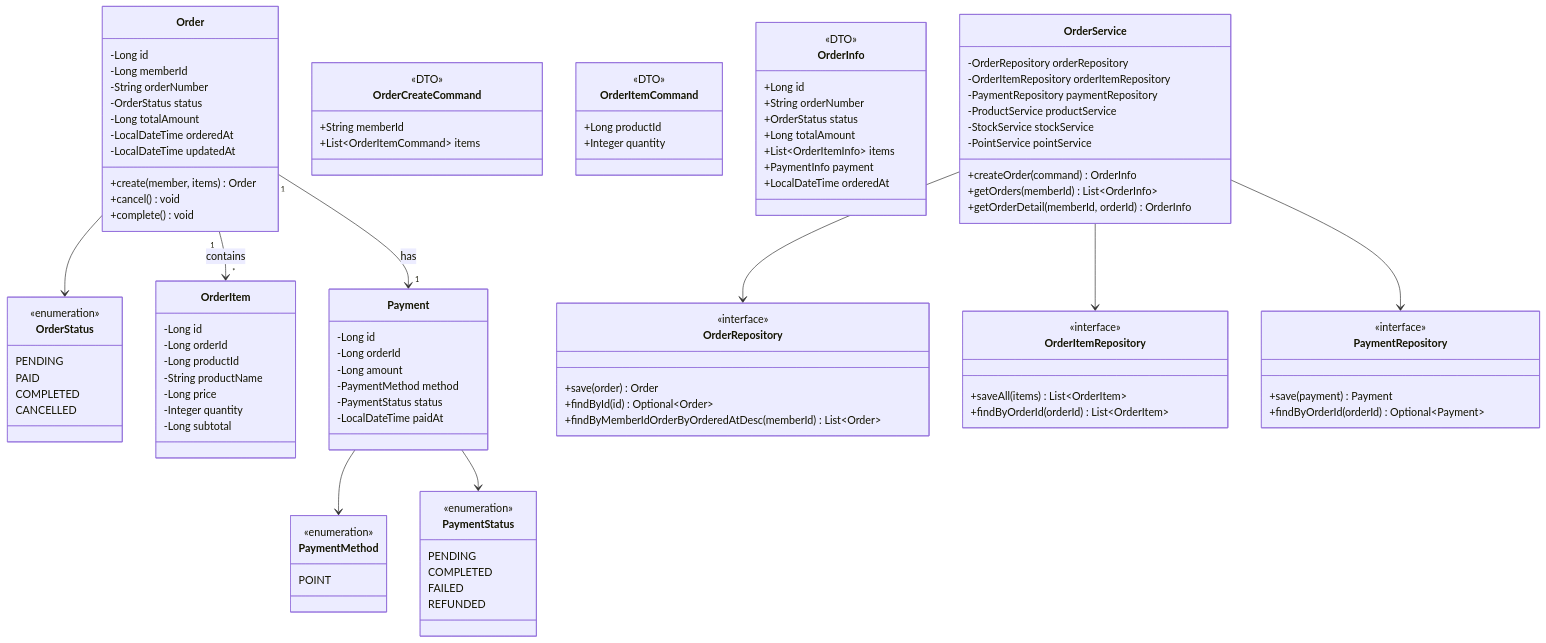
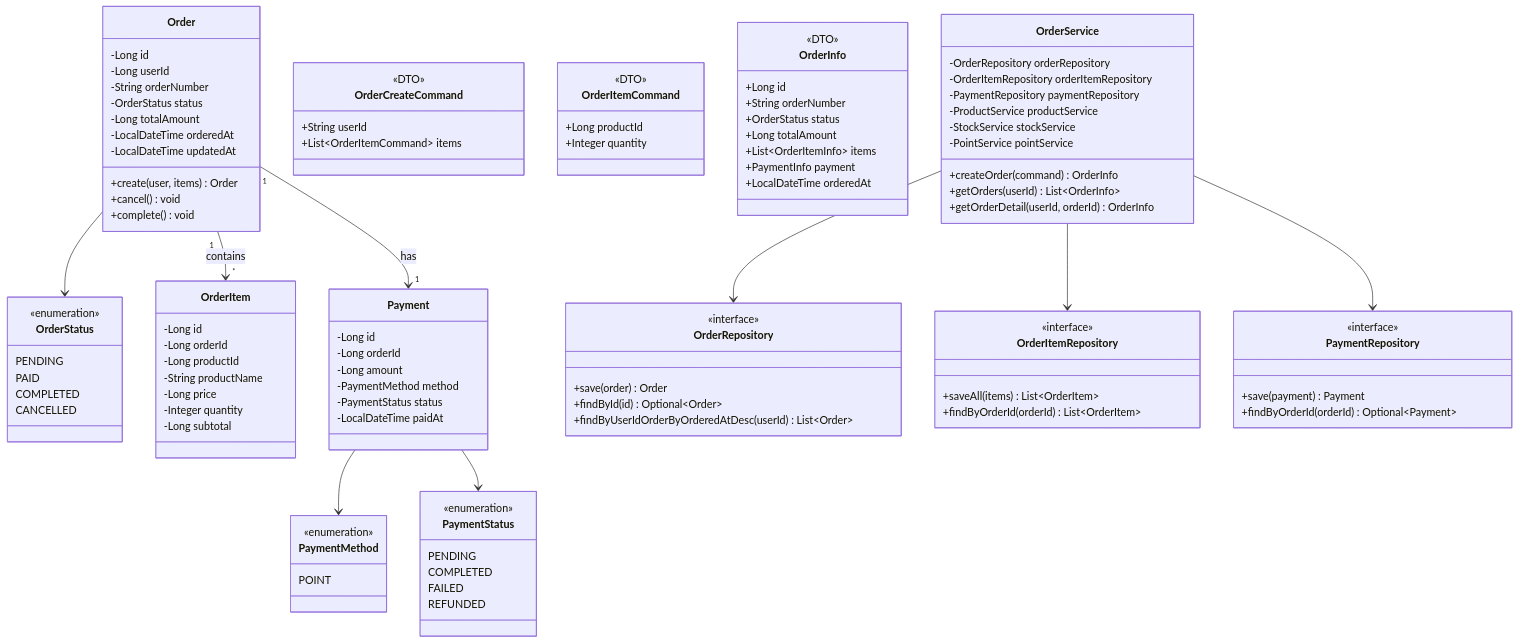
One commit to yht0827/my-commerce changed the seventh of 8 diagrams in docs/03-class-diagrams.md. Above: the diagram before and after it, drawn with Mermaid. The commit also changed other lines of this file and 25 other files, not shown here.

```diff
--- a/docs/03-class-diagrams.md
+++ b/docs/03-class-diagrams.md
@@ -346,13 +345,13 @@
 classDiagram
     class Order {
         -Long id
-        -Long memberId
+        -Long userId
         -String orderNumber
         -OrderStatus status
         -Long totalAmount
         -LocalDateTime orderedAt
         -LocalDateTime updatedAt
-        +create(member, items) Order
+        +create(user, items) Order
         +cancel() void
         +complete() void
     }
@@ -399,7 +398,7 @@
 
     class OrderCreateCommand {
         <<DTO>>
-        +String memberId
+        +String userId
         +List~OrderItemCommand~ items
     }
 
@@ -424,7 +423,7 @@
         <<interface>>
         +save(order) Order
         +findById(id) Optional~Order~
-        +findByMemberIdOrderByOrderedAtDesc(memberId) List~Order~
+        +findByUserIdOrderByOrderedAtDesc(userId) List~Order~
     }
 
     class OrderItemRepository {
@@ -447,8 +446,8 @@
         -StockService stockService
         -PointService pointService
         +createOrder(command) OrderInfo
-        +getOrders(memberId) List~OrderInfo~
-        +getOrderDetail(memberId, orderId) OrderInfo
+        +getOrders(userId) List~OrderInfo~
+        +getOrderDetail(userId, orderId) OrderInfo
     }
 
     Order --> OrderStatus
```
